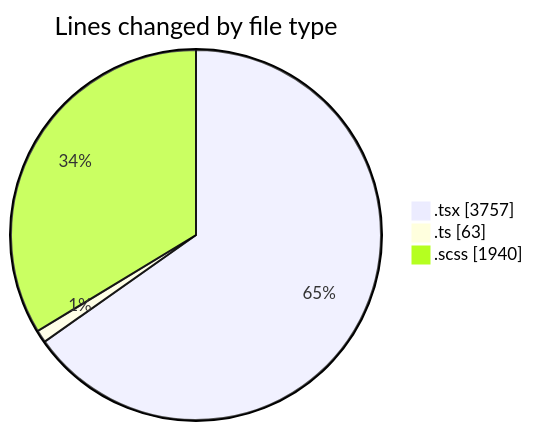
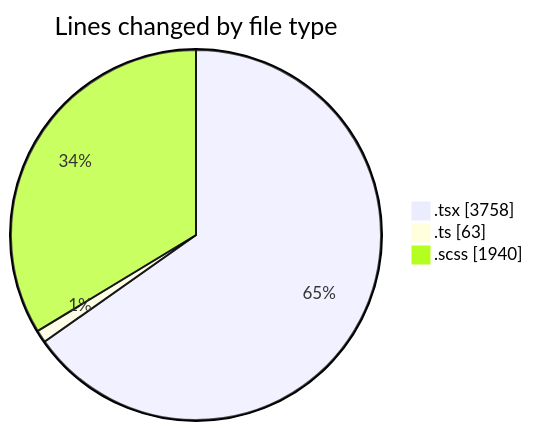
One commit to momahboobian/code-tracking changed the first of 2 diagrams in 2025-04-02/cda/README.md. Above: the diagram before and after it, drawn with Mermaid. The commit also changed other lines of this file and 1 other file, not shown here.

````diff
--- a/2025-04-02/cda/README.md
+++ b/2025-04-02/cda/README.md
@@ -30,7 +30,7 @@
 ```mermaid
 pie showData
 title Lines changed by file type
-".tsx" : 3757
+".tsx" : 3758
 ".ts" : 63
 ".scss" : 1940
 ```
````
